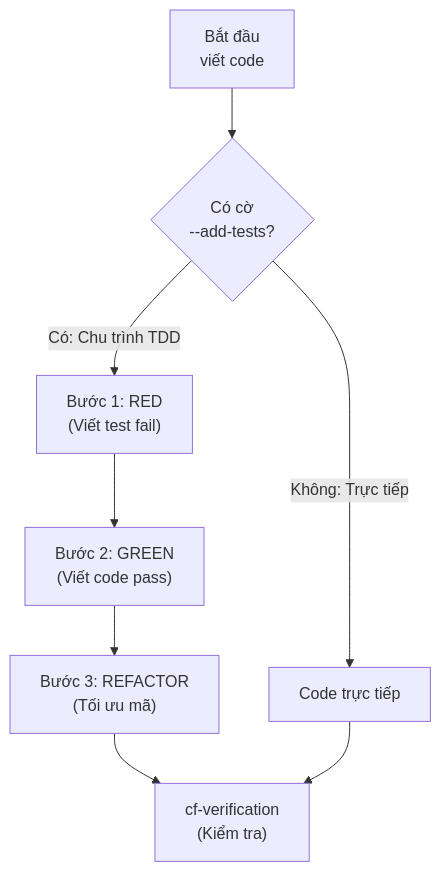
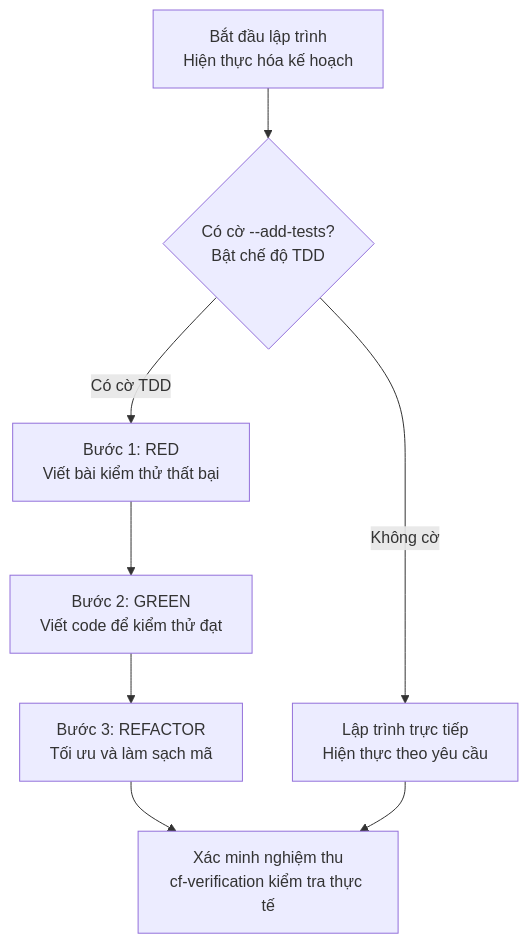
One commit to nguyengoctin/my_website changed the fourth of 6 diagrams in content/posts/toan-tap-coding-friend-ai-engineering.md. Above: the diagram before and after it, drawn with Mermaid. The commit also changed other lines of this file and 34 other files, not shown here.

````diff
--- a/content/posts/toan-tap-coding-friend-ai-engineering.md
+++ b/content/posts/toan-tap-coding-friend-ai-engineering.md
@@ -132,17 +145,17 @@
 ```mermaid
 flowchart TD
-    StartDev["`Bắt đầu<br/>viết code`"]
-    CheckTest{"`Có cờ<br/>--add-tests?`"}
-    Red["`Bước 1: RED<br/>(Viết test fail)`"]
-    Green["`Bước 2: GREEN<br/>(Viết code pass)`"]
-    Refactor["`Bước 3: REFACTOR<br/>(Tối ưu mã)`"]
-    Direct["`Code trực tiếp`"]
-    Verify["`cf-verification<br/>(Kiểm tra)`"]
+    StartDev["Bắt đầu lập trình<br/>Hiện thực hóa kế hoạch"]
+    CheckTest{"Có cờ --add-tests?<br/>Bật chế độ TDD"}
+    Red["Bước 1: RED<br/>Viết bài kiểm thử thất bại"]
+    Green["Bước 2: GREEN<br/>Viết code để kiểm thử đạt"]
+    Refactor["Bước 3: REFACTOR<br/>Tối ưu và làm sạch mã"]
+    Direct["Lập trình trực tiếp<br/>Hiện thực theo yêu cầu"]
+    Verify["Xác minh nghiệm thu<br/>cf-verification kiểm tra thực tế"]
     StartDev --> CheckTest
-    CheckTest -->|Có: Chu trình TDD| Red
+    CheckTest -->|Có cờ TDD| Red
+    CheckTest -->|Không cờ| Direct
     Red --> Green
     Green --> Refactor
-    CheckTest -->|Không: Trực tiếp| Direct
     Refactor --> Verify
     Direct --> Verify
 ```
````
